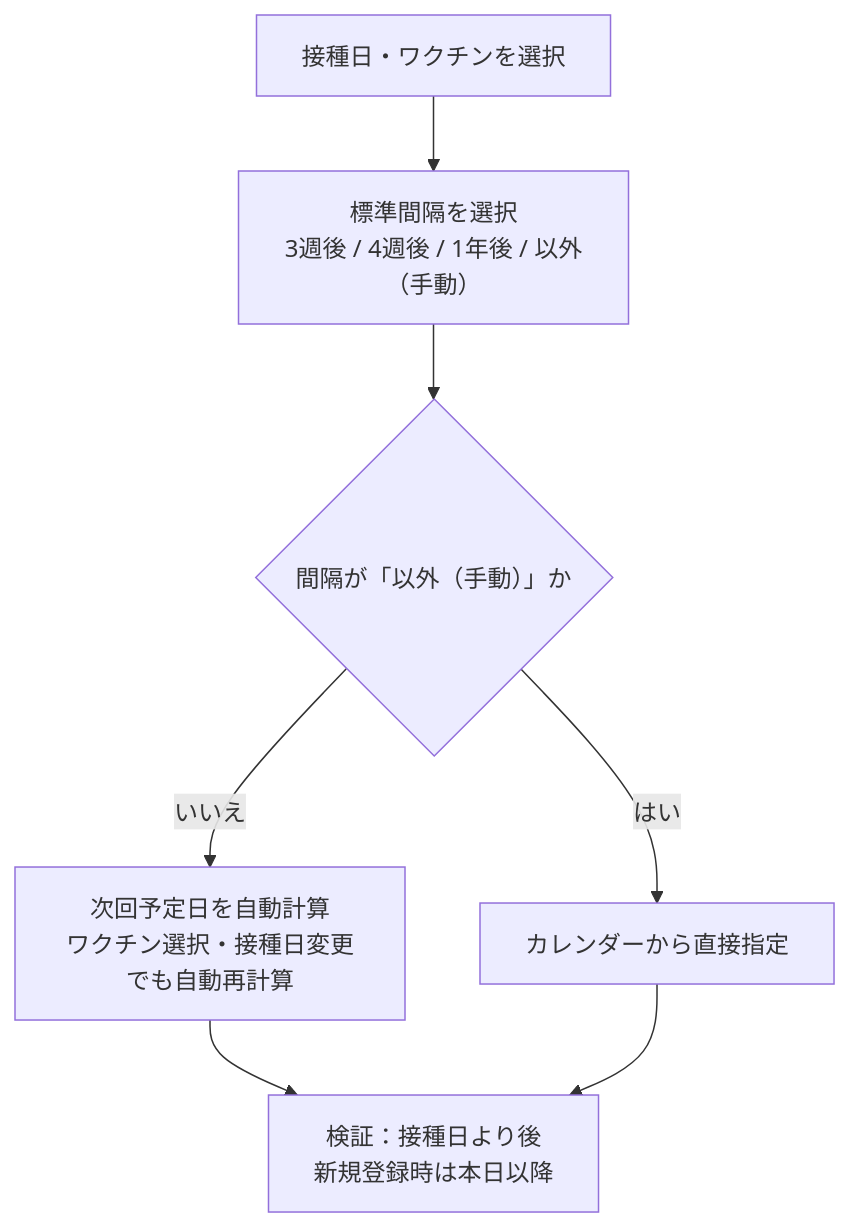
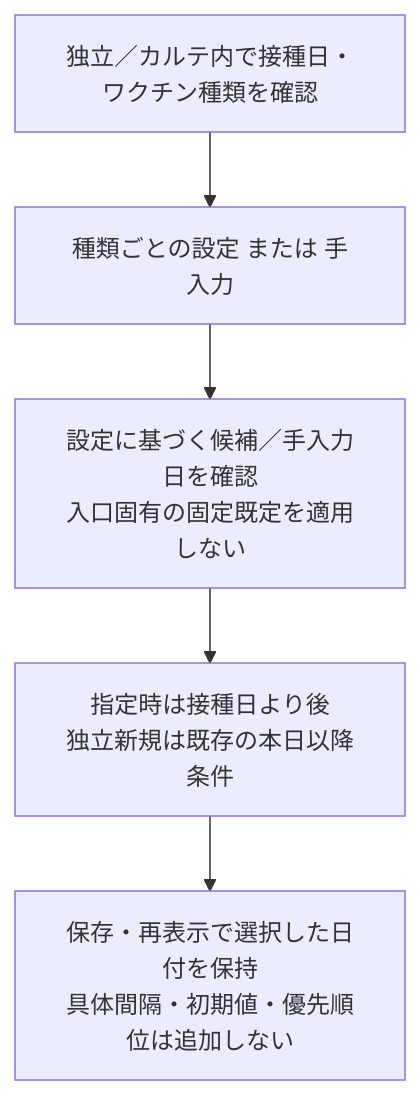
One commit to MinoruSoga/AnimalEkarte changed the diagram in docs/spec/screens/15-vaccinations-form.md. Above: the diagram before and after it, drawn with Mermaid. The commit also changed other lines of this file and 69 other files, not shown here.

````diff
--- a/docs/spec/screens/15-vaccinations-form.md
+++ b/docs/spec/screens/15-vaccinations-form.md
@@ -45,9 +47,7 @@
 ```mermaid
 flowchart TB
-    A["接種日・ワクチンを選択"] --> B["標準間隔を選択<br/>3週後 / 4週後 / 1年後 / 以外（手動）"]
-    B --> C{"間隔が「以外（手動）」か"}
-    C -->|いいえ| D["次回予定日を自動計算<br/>ワクチン選択・接種日変更でも自動再計算"]
-    C -->|はい| E["カレンダーから直接指定"]
-    D --> V["検証：接種日より後<br/>新規登録時は本日以降"]
-    E --> V
+    A["独立／カルテ内で接種日・ワクチン種類を確認"] --> B["種類ごとの設定 または 手入力"]
+    B --> C["設定に基づく候補／手入力日を確認<br/>入口固有の固定既定を適用しない"]
+    C --> V["指定時は接種日より後<br/>独立新規は既存の本日以降条件"]
+    V --> S["保存・再表示で選択した日付を保持<br/>具体間隔・初期値・優先順位は追加しない"]
 ```
````
